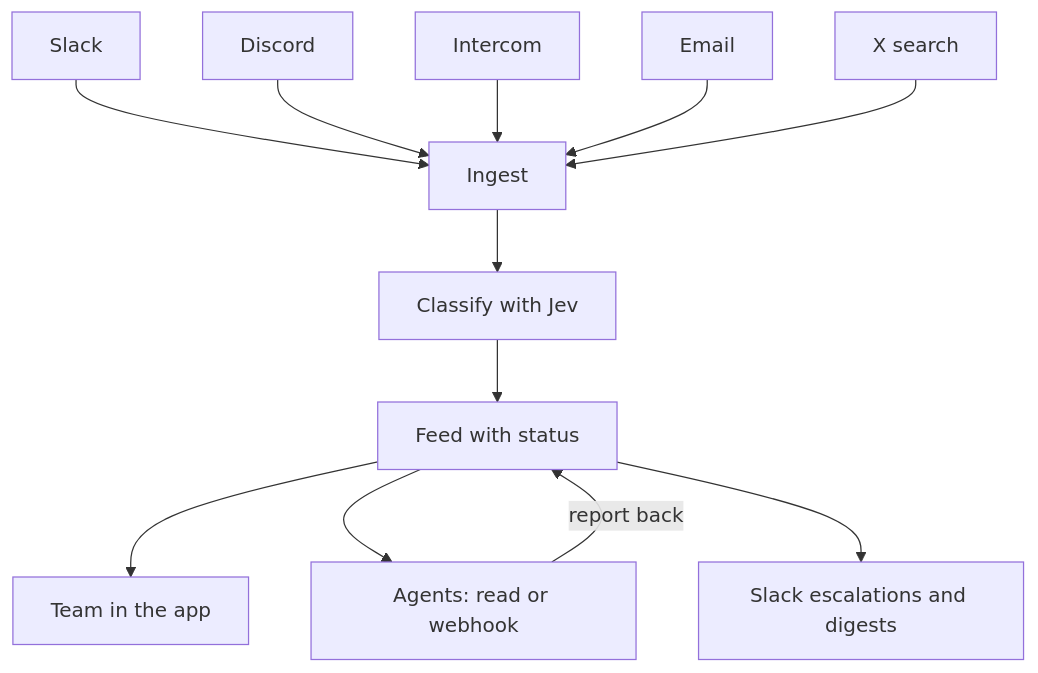
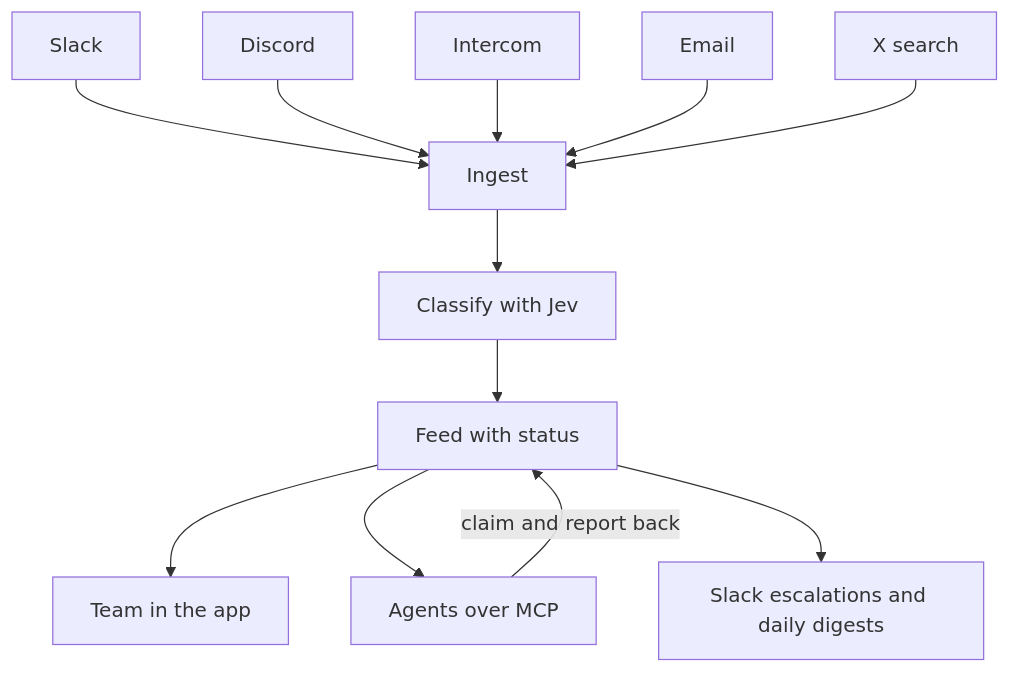
Before and after one commit to kieranklaassen/happyhappy: the first of 2 diagrams in docs/plans/2026-09-24-001-feat-happyhappy-sentiment-feed-plan.md, drawn with Mermaid. The commit also changed other lines of this file, not shown here.

````diff
--- a/docs/plans/2026-09-24-001-feat-happyhappy-sentiment-feed-plan.md
+++ b/docs/plans/2026-09-24-001-feat-happyhappy-sentiment-feed-plan.md
@@ -54,14 +56,14 @@
 ```mermaid
 flowchart TB
   S1[Slack] --> I[Ingest]
   S2[Discord] --> I
   S3[Intercom] --> I
   S4[Email] --> I
   S5[X search] --> I
   I --> C[Classify with Jev]
   C --> F[Feed with status]
   F --> U[Team in the app]
-  F --> AG[Agents: read or webhook]
-  AG -->|report back| F
-  F --> SL[Slack escalations and digests]
+  F --> AG[Agents over MCP]
+  AG -->|claim and report back| F
+  F --> SL[Slack escalations and daily digests]
 ```
````
